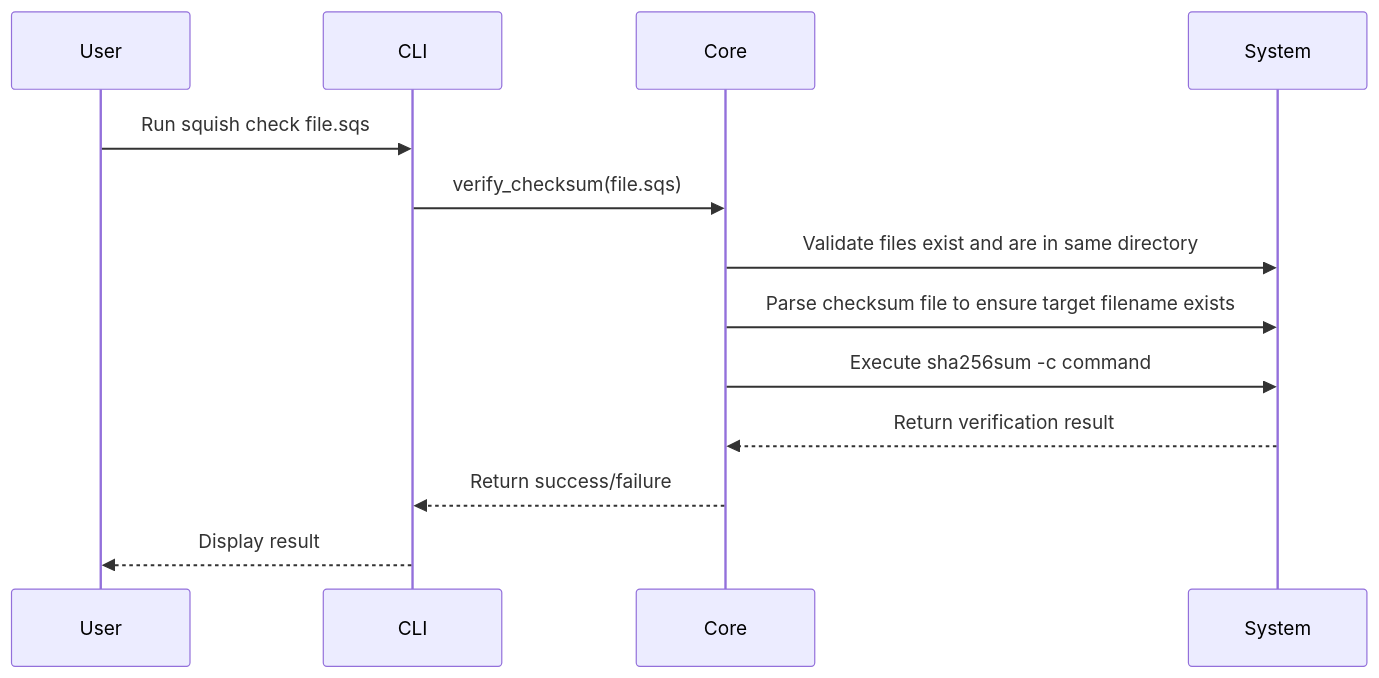
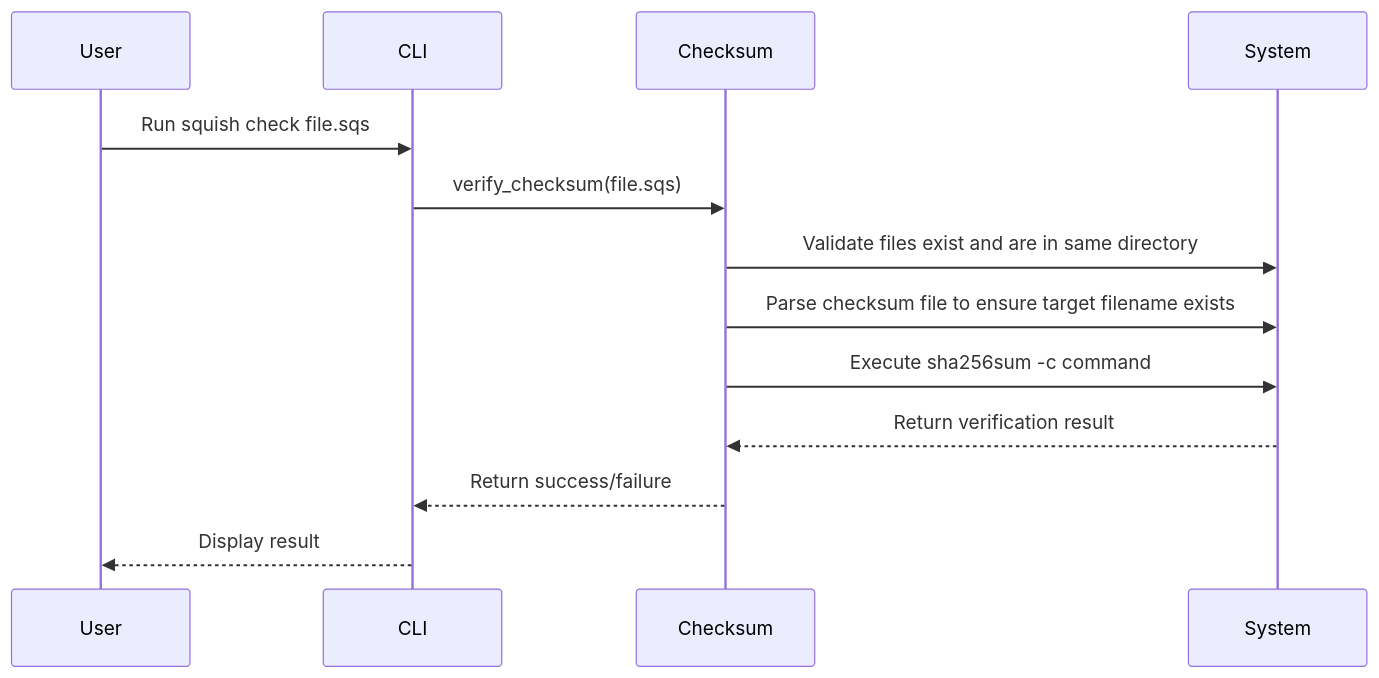
Before and after one commit to WombatFromHell/squashfs-archive-helper: the second of 9 diagrams in DESIGN.md, drawn with Mermaid. The commit also changed other lines of this file and 26 other files, not shown here.

````diff
--- a/DESIGN.md
+++ b/DESIGN.md
@@ -174,16 +231,16 @@
 ```mermaid
 sequenceDiagram
     participant User
     participant CLI
-    participant Core
+    participant Checksum
     participant System
 
     User->>CLI: Run squish check file.sqs
-    CLI->>Core: verify_checksum(file.sqs)
-    Core->>System: Validate files exist and are in same directory
-    Core->>System: Parse checksum file to ensure target filename exists
-    Core->>System: Execute sha256sum -c command
-    System-->>Core: Return verification result
-    Core-->>CLI: Return success/failure
+    CLI->>Checksum: verify_checksum(file.sqs)
+    Checksum->>System: Validate files exist and are in same directory
+    Checksum->>System: Parse checksum file to ensure target filename exists
+    Checksum->>System: Execute sha256sum -c command
+    System-->>Checksum: Return verification result
+    Checksum-->>CLI: Return success/failure
     CLI-->>User: Display result
 ```
````
